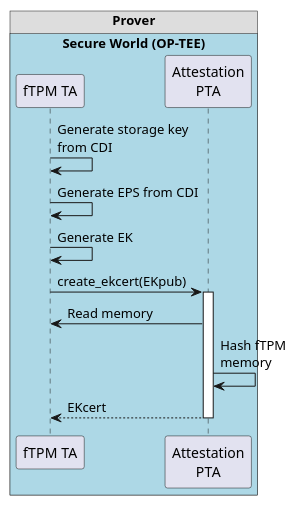
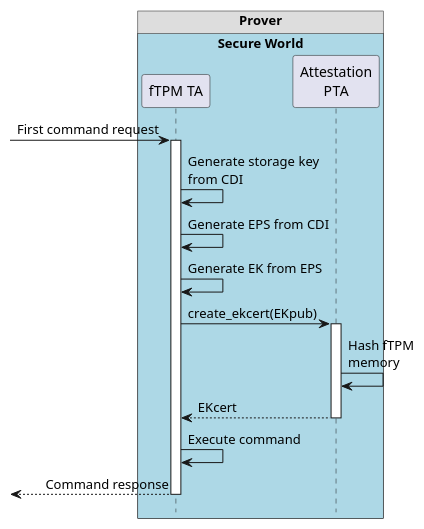
The diagram in figures/tpm-initialization.puml (akorb/master-thesis), drawn with PlantUML before and after one commit. The commit also changed 6 other files, not shown here.

```diff
--- a/figures/tpm-initialization.puml
+++ b/figures/tpm-initialization.puml
@@ -1,24 +1,29 @@
 @startuml tpm initialization
 !pragma teoz true
+hide footbox
 
 skinparam NoteTextAlignment center
 
+[-> "fTPM TA"++: First command request
 
 "fTPM TA" -> "fTPM TA": Generate storage key\nfrom CDI
 "fTPM TA" -> "fTPM TA": Generate EPS from CDI
-"fTPM TA" -> "fTPM TA": Generate EK
+"fTPM TA" -> "fTPM TA": Generate EK from EPS
 
 "fTPM TA" -> "Attestation\nPTA" ++: create_ekcert(EKpub)
 
-"Attestation\nPTA" -> "fTPM TA": Read memory
+' "Attestation\nPTA" -> "fTPM TA": Read memory
 "Attestation\nPTA" -> "Attestation\nPTA": Hash fTPM\nmemory
 "fTPM TA" <-- "Attestation\nPTA" --: EKcert
 
+"fTPM TA" -> "fTPM TA": Execute command
+[<-- "fTPM TA"--: Command response
+
 box "Prover"
-    box "Secure World (OP-TEE)" #LightBlue
+    box "Secure World" #LightBlue
     participant "fTPM TA"
     participant "Attestation\nPTA"
     end box
 end box
 
 @enduml
```
